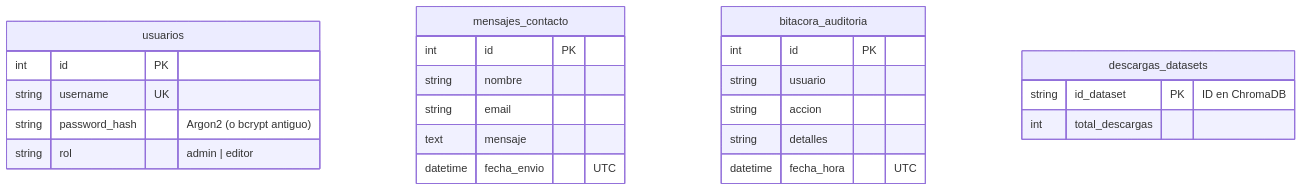
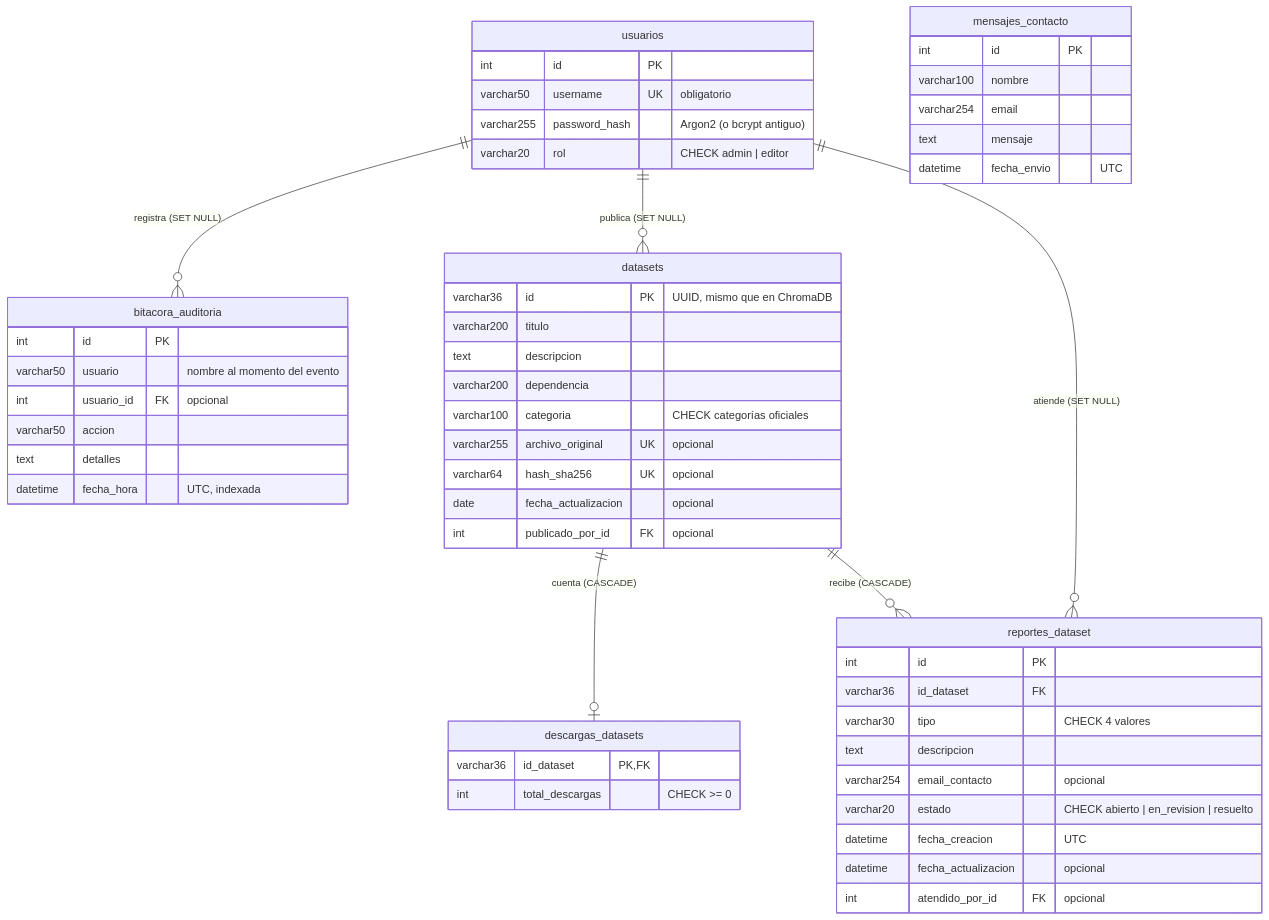
One commit to FMarin2401/buscador_semantico_datasets_gubernamental changed the third of 4 diagrams in docs/Documentación_Técnica_Buscador.md. Above: the diagram before and after it, drawn with Mermaid. The commit also changed other lines of this file and 18 other files, not shown here.

First line of the commit message:
Integridad referencial en la base y SC-001: reportes de problemas en datasets

````diff
--- a/docs/Documentación_Técnica_Buscador.md
+++ b/docs/Documentación_Técnica_Buscador.md
@@ -359,27 +365,56 @@
 ```mermaid
 erDiagram
+    usuarios ||--o{ bitacora_auditoria : "registra (SET NULL)"
+    usuarios ||--o{ datasets : "publica (SET NULL)"
+    usuarios ||--o{ reportes_dataset : "atiende (SET NULL)"
+    datasets ||--o| descargas_datasets : "cuenta (CASCADE)"
+    datasets ||--o{ reportes_dataset : "recibe (CASCADE)"
+
     usuarios {
         int id PK
-        string username UK
-        string password_hash "Argon2 (o bcrypt antiguo)"
-        string rol "admin | editor"
+        varchar50 username UK "obligatorio"
+        varchar255 password_hash "Argon2 (o bcrypt antiguo)"
+        varchar20 rol "CHECK admin | editor"
     }
     mensajes_contacto {
         int id PK
-        string nombre
-        string email
+        varchar100 nombre
+        varchar254 email
         text mensaje
         datetime fecha_envio "UTC"
     }
     bitacora_auditoria {
         int id PK
-        string usuario
-        string accion
-        string detalles
-        datetime fecha_hora "UTC"
+        varchar50 usuario "nombre al momento del evento"
+        int usuario_id FK "opcional"
+        varchar50 accion
+        text detalles
+        datetime fecha_hora "UTC, indexada"
+    }
+    datasets {
+        varchar36 id PK "UUID, mismo que en ChromaDB"
+        varchar200 titulo
+        text descripcion
+        varchar200 dependencia
+        varchar100 categoria "CHECK categorías oficiales"
+        varchar255 archivo_original UK "opcional"
+        varchar64 hash_sha256 UK "opcional"
+        date fecha_actualizacion "opcional"
+        int publicado_por_id FK "opcional"
     }
     descargas_datasets {
-        string id_dataset PK "ID en ChromaDB"
-        int total_descargas
+        varchar36 id_dataset PK, FK
+        int total_descargas "CHECK >= 0"
+    }
+    reportes_dataset {
+        int id PK
+        varchar36 id_dataset FK
+        varchar30 tipo "CHECK 4 valores"
+        text descripcion
+        varchar254 email_contacto "opcional"
+        varchar20 estado "CHECK abierto | en_revision | resuelto"
+        datetime fecha_creacion "UTC"
+        datetime fecha_actualizacion "opcional"
+        int atendido_por_id FK "opcional"
     }
 ```
````
